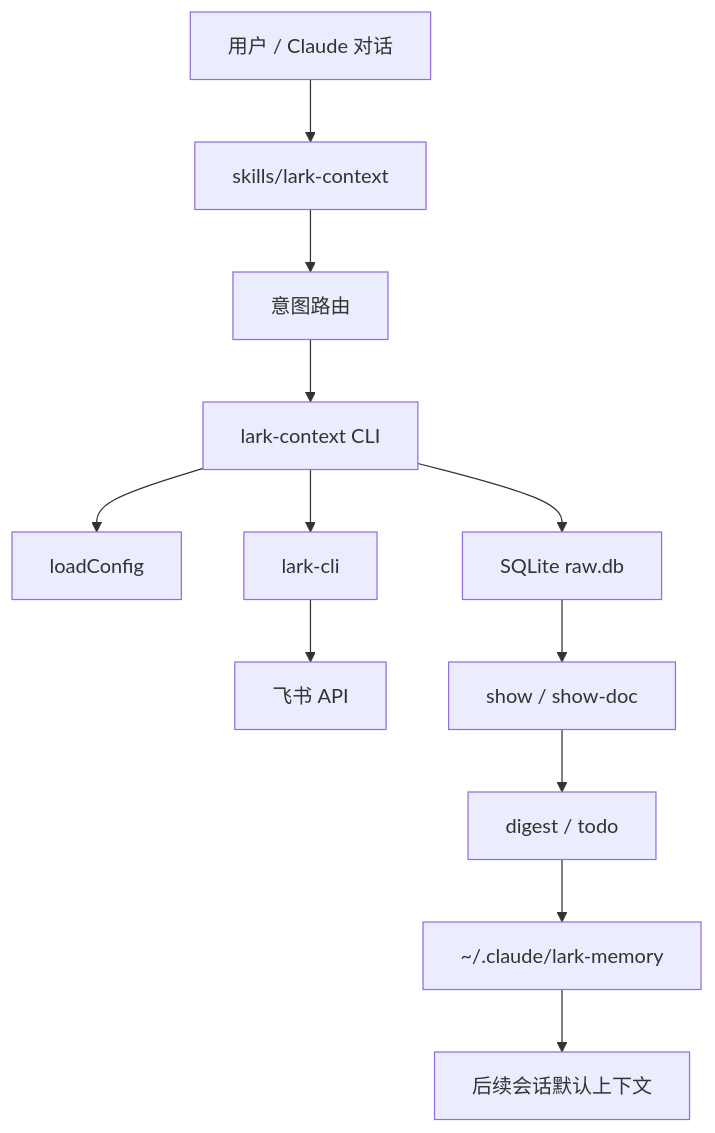
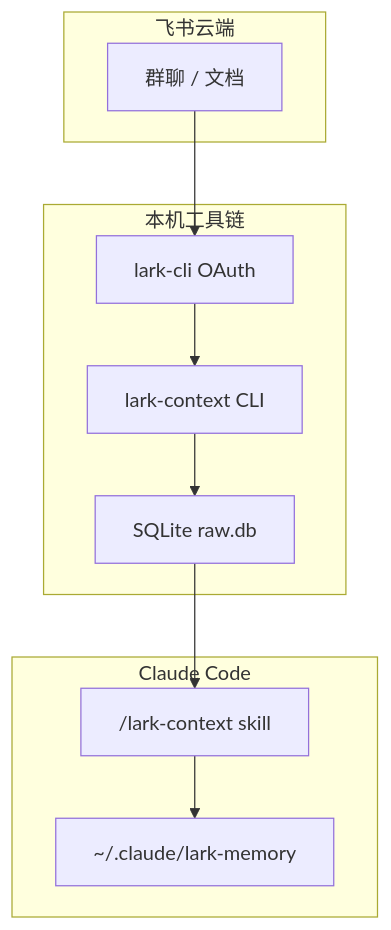
Before and after one commit to dragonforce2010/awesome-ai-repos-deepwiki: the first of 9 diagrams in project-wiki/lark-context/exports/full-wiki.md, drawn with Mermaid. The commit also changed other lines of this file and 27 other files, not shown here.

Commit message:
wiki(lark-context): add/update DeepWiki for lark-context

````diff
--- a/project-wiki/lark-context/exports/full-wiki.md
+++ b/project-wiki/lark-context/exports/full-wiki.md
@@ -950,14 +39,20 @@
 ```mermaid
-flowchart TD
-  User["用户 / Claude 对话"] --> Skill["skills/lark-context"]
-  Skill --> Route["意图路由"]
-  Route --> CLI["lark-context CLI"]
-  CLI --> Config["loadConfig"]
-  CLI --> DB["SQLite raw.db"]
-  CLI --> Lark["lark-cli"]
-  Lark --> Feishu["飞书 API"]
-  DB --> Show["show / show-doc"]
-  Show --> Digest["digest / todo"]
-  Digest --> Memory["~/.claude/lark-memory"]
-  Memory --> Next["后续会话默认上下文"]
+graph TD
+  subgraph Feishu["飞书云端"]
+    Chats["群聊 / 文档"]
+  end
+  subgraph LocalTool["本机工具链"]
+    LarkCli["lark-cli OAuth"]
+    TsCli["lark-context CLI"]
+    Db["SQLite raw.db"]
+  end
+  subgraph ClaudeSide["Claude Code"]
+    Skill["/lark-context skill"]
+    Memory["~/.claude/lark-memory"]
+  end
+  Chats --> LarkCli
+  LarkCli --> TsCli
+  TsCli --> Db
+  Db --> Skill
+  Skill --> Memory
 ```
````
